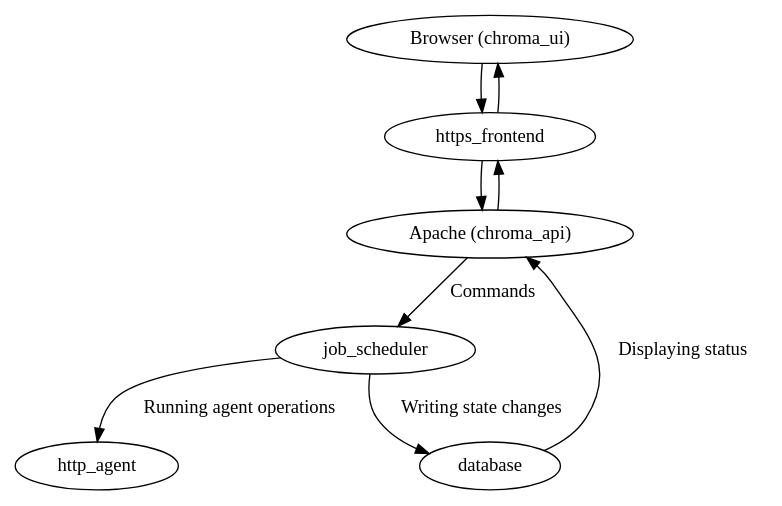
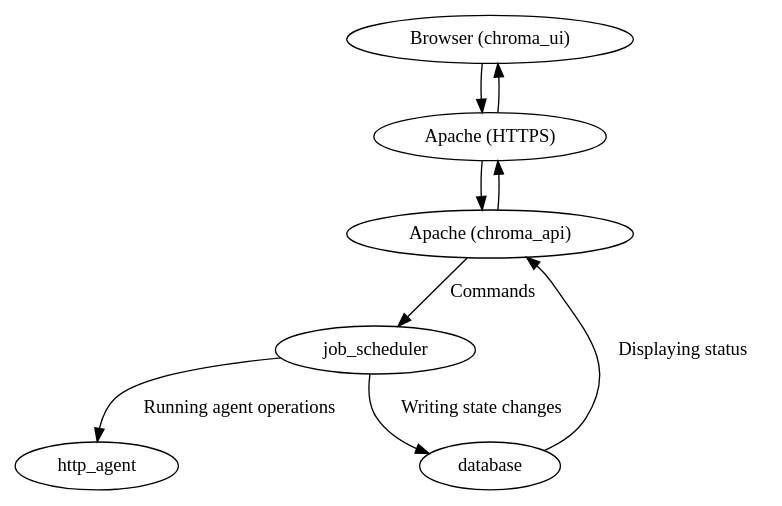
The fourth of 5 diagrams in chroma-manager/docs/internals/dataflow.rst (whamcloud/integrated-manager-for-lustre), drawn with Graphviz before and after one commit. The commit also changed other lines of this file and 13 other files, not shown here.

```diff
--- a/chroma-manager/docs/internals/dataflow.rst
+++ b/chroma-manager/docs/internals/dataflow.rst
@@ -75,10 +75,10 @@
 .. graphviz::
     
     digraph api_dataflow {
-            "Browser (chroma_ui)" -> https_frontend -> "Apache (chroma_api)"
-            "Apache (chroma_api)" -> https_frontend -> "Browser (chroma_ui)"
+            "Browser (chroma_ui)" -> "Apache (HTTPS)" -> "Apache (chroma_api)"
+            "Apache (chroma_api)" -> "Apache (HTTPS)" -> "Browser (chroma_ui)"
             "Apache (chroma_api)" -> job_scheduler [label="Commands"]
             job_scheduler -> database [label="Writing state changes"]
             job_scheduler -> http_agent [label="Running agent operations"]
             database -> "Apache (chroma_api)" [label="Displaying status"]
     }
```
